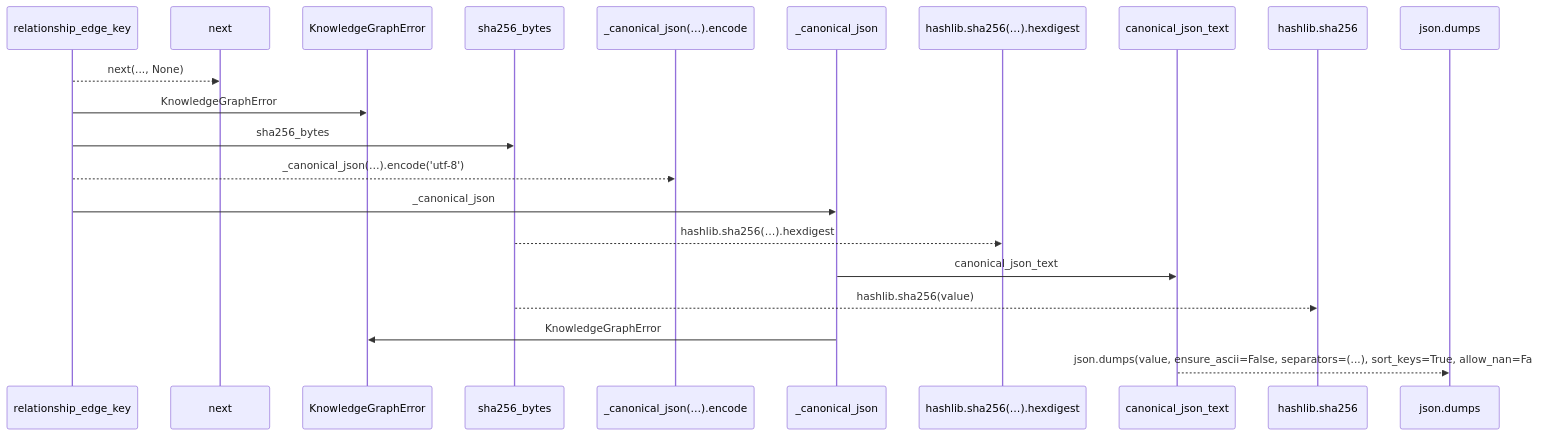
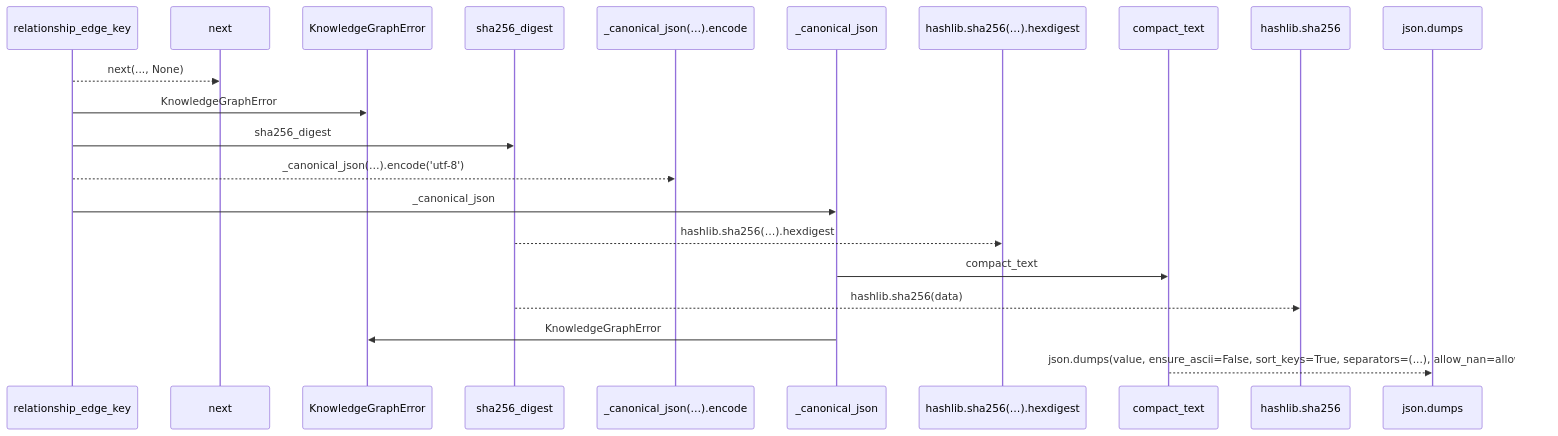
The first of 2 diagrams in docs/llm_wiki/flows/api-relationship_edge_key.md (Denissvgn/python-wiki-llm), drawn with Mermaid before and after one commit. The commit also changed other lines of this file and 1555 other files, not shown here.

````diff
--- a/docs/llm_wiki/flows/api-relationship_edge_key.md
+++ b/docs/llm_wiki/flows/api-relationship_edge_key.md
@@ -12,23 +12,23 @@
 ```mermaid
 sequenceDiagram
     participant p0 as relationship_edge_key
     participant p1 as next
     participant p2 as KnowledgeGraphError
-    participant p3 as sha256_bytes
+    participant p3 as sha256_digest
     participant p4 as _canonical_json(…).encode
     participant p5 as _canonical_json
     participant p6 as hashlib.sha256(…).hexdigest
-    participant p7 as canonical_json_text
+    participant p7 as compact_text
     participant p8 as hashlib.sha256
     participant p9 as json.dumps
     p0-->>p1: next(..., None)
     p0->>p2: KnowledgeGraphError
-    p0->>p3: sha256_bytes
+    p0->>p3: sha256_digest
     p0-->>p4: _canonical_json(…).encode('utf-8')
     p0->>p5: _canonical_json
     p3-->>p6: hashlib.sha256(…).hexdigest
-    p5->>p7: canonical_json_text
-    p3-->>p8: hashlib.sha256(value)
+    p5->>p7: compact_text
+    p3-->>p8: hashlib.sha256(data)
     p5->>p2: KnowledgeGraphError
-    p7-->>p9: json.dumps(value, ensure_ascii=False, separators=(...), sort_keys=True, allow_nan=False)
+    p7-->>p9: json.dumps(value, ensure_ascii=False, sort_keys=True, separators=(...), allow_nan=allow_nan)
 ```
````
